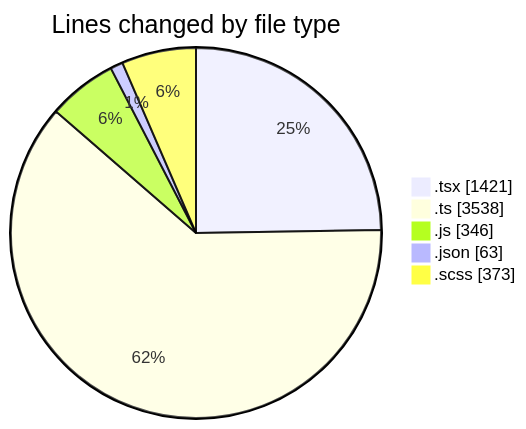
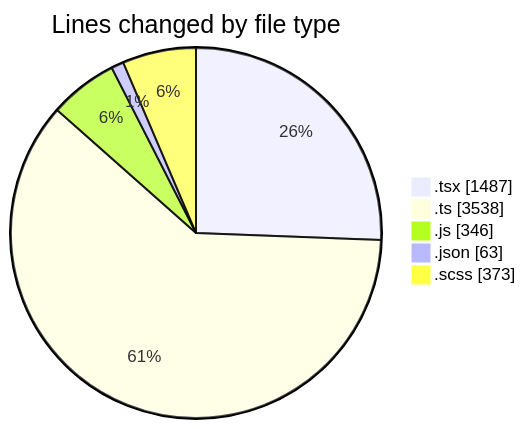
Before and after one commit to momahboobian/code-tracking: the first of 2 diagrams in 2025-12-01/cda/README.md, drawn with Mermaid. The commit also changed other lines of this file and 1 other file, not shown here.

````diff
--- a/2025-12-01/cda/README.md
+++ b/2025-12-01/cda/README.md
@@ -33,9 +33,9 @@
 ```mermaid
 pie showData
 title Lines changed by file type
-".tsx" : 1421
+".tsx" : 1487
 ".ts" : 3538
 ".js" : 346
 ".json" : 63
 ".scss" : 373
 ```
````
